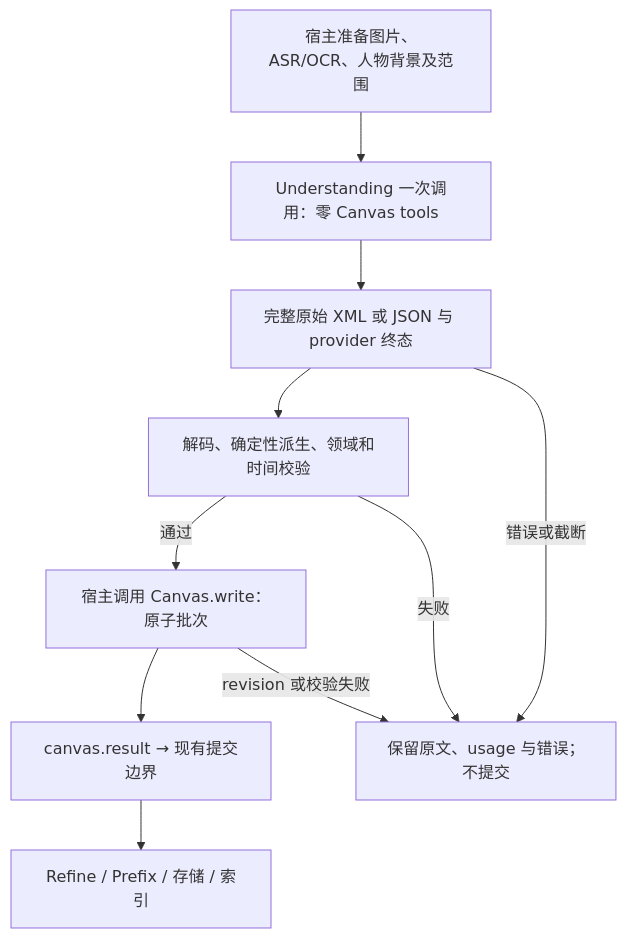
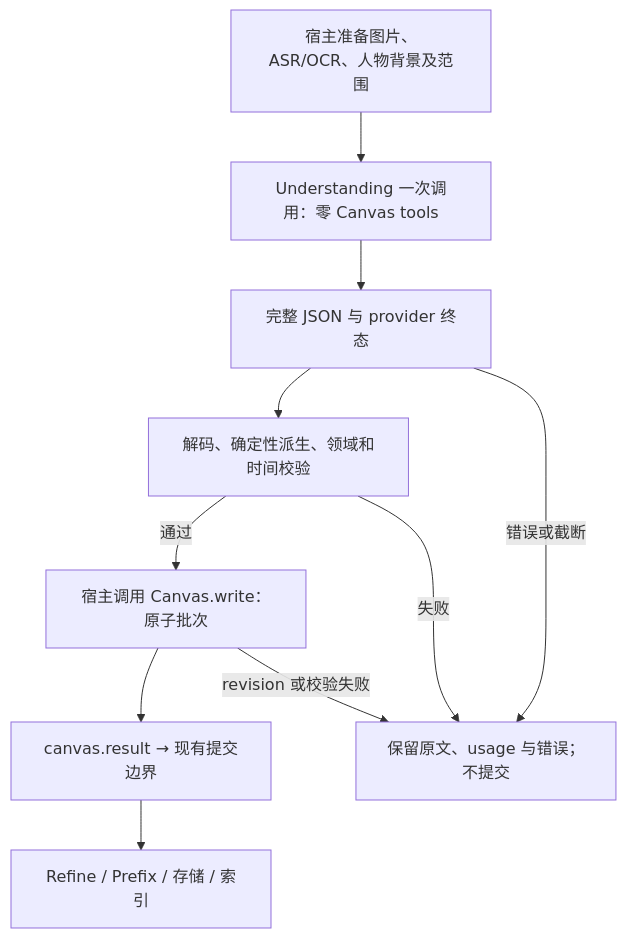
One commit to owariband/Seekino changed the diagram in docs/design/03-product-reassessment/video-parse-performance-trd.md. Above: the diagram before and after it, drawn with Mermaid. The commit also changed other lines of this file and 10 other files, not shown here.

````diff
--- a/docs/design/03-product-reassessment/video-parse-performance-trd.md
+++ b/docs/design/03-product-reassessment/video-parse-performance-trd.md
@@ -135,12 +143,12 @@
 ```mermaid
 flowchart TD
     E[宿主准备图片、ASR/OCR、人物背景及范围] --> M[Understanding 一次调用：零 Canvas tools]
-    M --> R[完整原始 XML 或 JSON 与 provider 终态]
+    M --> R[完整 JSON 与 provider 终态]
     R --> V[解码、确定性派生、领域和时间校验]
     V -->|通过| C[宿主调用 Canvas.write：原子批次]
     C --> S[canvas.result → 现有提交边界]
     S --> D[Refine / Prefix / 存储 / 索引]
     R -->|错误或截断| F[保留原文、usage 与错误；不提交]
     V -->|失败| F
     C -->|revision 或校验失败| F
 ```
````
